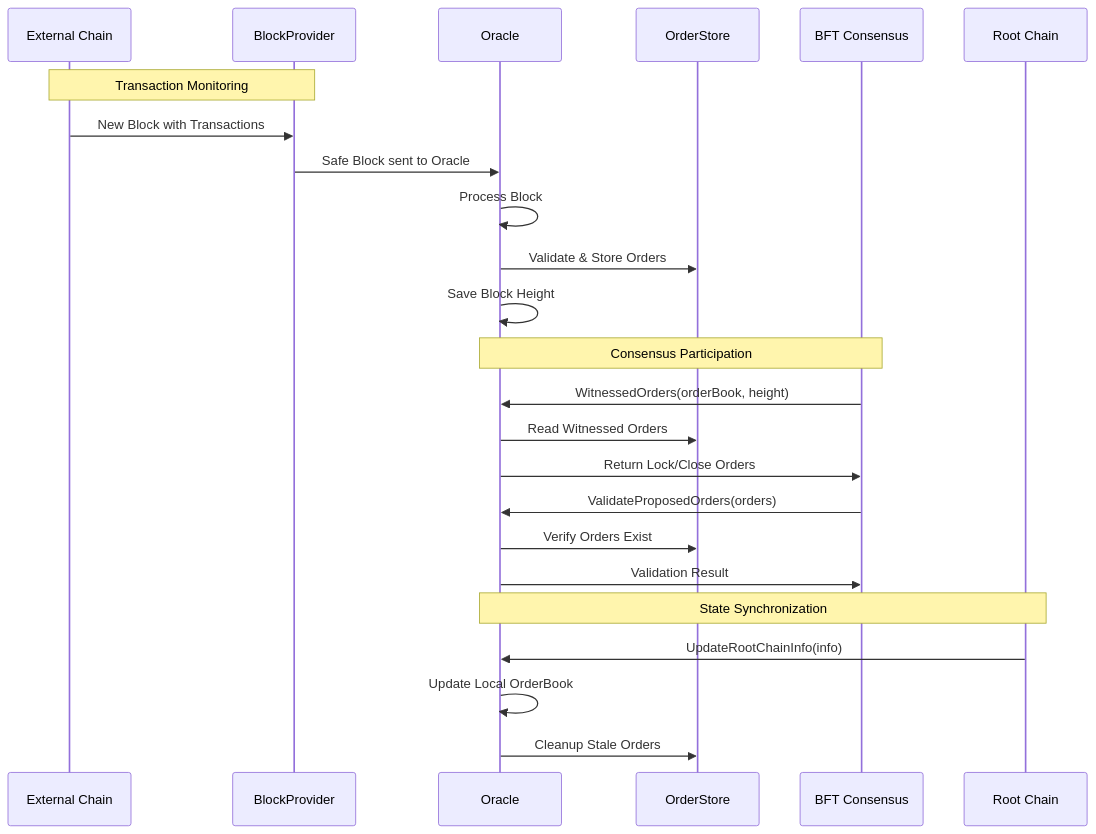
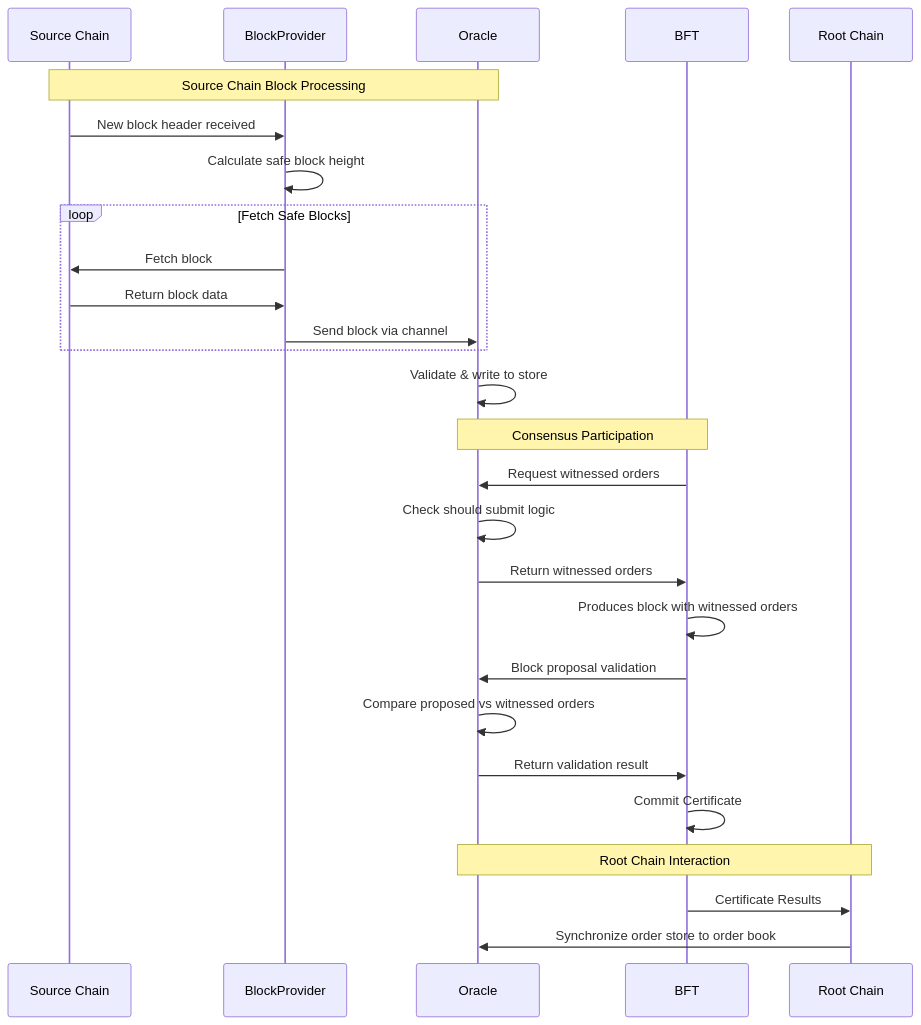
Before and after one commit to canopy-network/canopy: the diagram in cmd/rpc/oracle/README.md, drawn with Mermaid. The commit also changed 1 other file, not shown here.

Commit message:
updsates

````diff
--- a/cmd/rpc/oracle/README.md
+++ b/cmd/rpc/oracle/README.md
@@ -53,32 +53,39 @@
 ```mermaid
 sequenceDiagram
-    participant EXT as External Chain
+    participant SC as Source Chain
     participant BP as BlockProvider
     participant O as Oracle
-    participant OS as OrderStore
-    participant BFT as BFT Consensus
+    participant BFT as BFT
     participant RC as Root Chain
 
-    %% Block Processing Flow
-    Note over EXT,BP: Transaction Monitoring
-    EXT->>BP: New Block with Transactions
-    BP->>O: Safe Block sent to Oracle
-    O->>O: Process Block
-    O->>OS: Validate & Store Orders
-    O->>O: Save Block Height
-
-    %% BFT Integration Flow
+    %% Block retrieval and processing
+    Note over SC,O: Source Chain Block Processing
+    SC->>BP: New block header received
+    BP->>BP: Calculate safe block height
+loop Fetch Safe Blocks
+    BP->>SC: Fetch block
+    SC->>BP: Return block data
+    BP->>O: Send block via channel
+end
+    
+    %% Oracle block processing
+    O->>O: Validate & write to store
+    
     Note over BFT,O: Consensus Participation
-    BFT->>O: WitnessedOrders(orderBook, height)
-    O->>OS: Read Witnessed Orders
-    O->>BFT: Return Lock/Close Orders
-    BFT->>O: ValidateProposedOrders(orders)
-    O->>OS: Verify Orders Exist
-    O->>BFT: Validation Result
-
-    %% Root Chain Sync Flow
-    Note over RC,O: State Synchronization
-    RC->>O: UpdateRootChainInfo(info)
-    O->>O: Update Local OrderBook
-    O->>OS: Cleanup Stale Orders
+    %% BFT consensus integration
+    BFT->>O: Request witnessed orders
+    O->>O: Check should submit logic
+    O->>BFT: Return witnessed orders
+    BFT->>BFT: Produces block with witnessed orders
+    
+    %% Block proposal validation
+    BFT->>O: Block proposal validation
+    O->>O: Compare proposed vs witnessed orders
+    O->>BFT: Return validation result
+    BFT->>BFT: Commit Certificate
+    
+    Note over O,RC: Root Chain Interaction
+    %% Root Chain interaction
+    BFT->>RC: Certificate Results
+    RC->>O: Synchronize order store to order book
 ```
````
